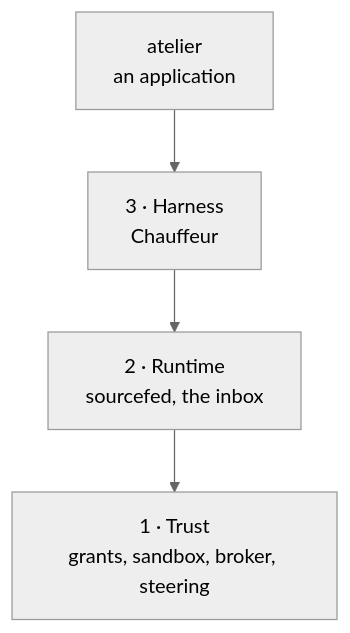
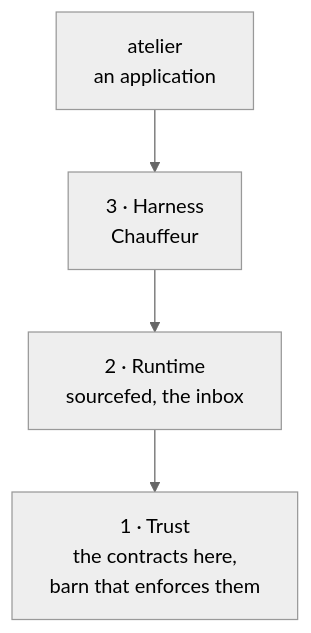
Before and after one commit to wrkhse/workhorse: the sixth of 6 diagrams in deck/slides.md, drawn with Mermaid (neutral theme). The commit also changed other lines of this file and 19 other files, not shown here.

````diff
--- a/deck/slides.md
+++ b/deck/slides.md
@@ -848,7 +886,7 @@
 ```mermaid {scale: 0.85}
 flowchart TB
     App["atelier<br/>an application"] --> H
     H["3 · Harness<br/>Chauffeur"] --> R
     R["2 · Runtime<br/>sourcefed, the inbox"] --> T
-    T["1 · Trust<br/>grants, sandbox, broker, steering"]
+    T["1 · Trust<br/>the contracts here,<br/>barn that enforces them"]
 ```
````
